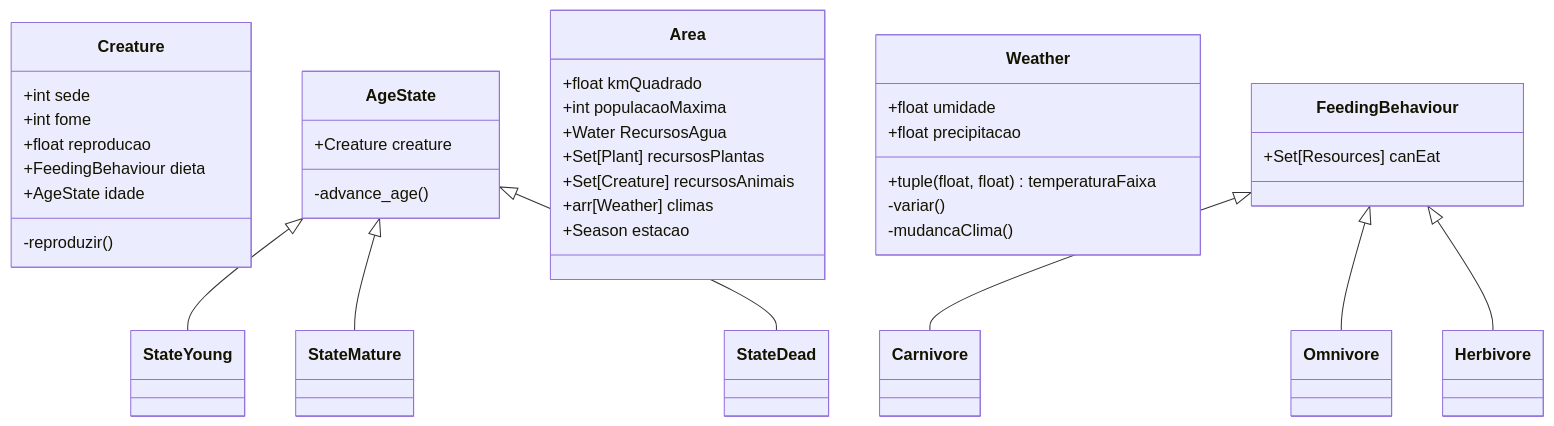
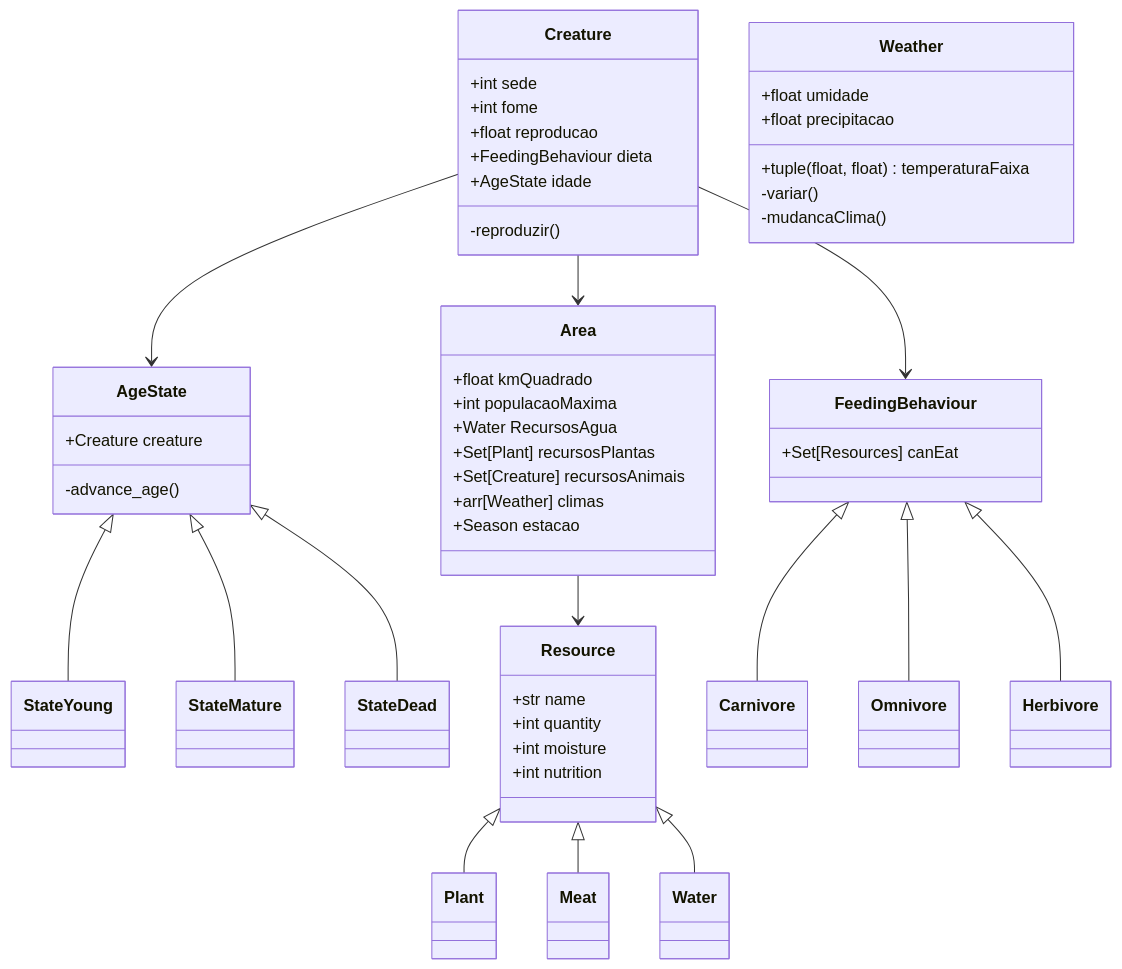
One commit to alessa-lara/wild-ones changed the diagram in README.md. Above: the diagram before and after it, drawn with Mermaid. The commit also changed other lines of this file, not shown here.

Commit message:
[feat](readme) composition and inheritance chains

````diff
--- a/README.md
+++ b/README.md
@@ -9,51 +9,68 @@
 ```mermaid
 classDiagram
     class Creature {
 	+int sede
 	+int fome
         +float reproducao
         +FeedingBehaviour dieta
 	+AgeState idade
 
         -reproduzir()
     }
 
     class AgeState {
 	+Creature creature
 
 	-advance_age()
     }
 
     AgeState <|-- StateYoung
     AgeState <|-- StateMature
     AgeState <|-- StateDead
 
     class Area {
         +float kmQuadrado
         +int populacaoMaxima
 
         +Water RecursosAgua
         +Set[Plant] recursosPlantas
         +Set[Creature] recursosAnimais
 
         +arr[Weather] climas
 	+Season estacao
     }
 
     class Weather {
         +tuple(float, float) temperaturaFaixa
         +float umidade
         +float precipitacao
 
         -variar()
         -mudancaClima()
     }
 
     class FeedingBehaviour {
         +Set[Resources] canEat
     }
 
+    class Resource {
+	+str name
+	+int quantity
+	+int moisture
+	+int nutrition
+    }
+
     FeedingBehaviour <|-- Carnivore
     FeedingBehaviour <|-- Omnivore
     FeedingBehaviour <|-- Herbivore
+
+    Resource <|-- Plant
+    Resource <|-- Meat
+    Resource <|-- Water
+
+    Creature --> FeedingBehaviour
+    Creature --> AgeState
+    Creature --> Area
+
+    Area --> Resource
 ```
````
